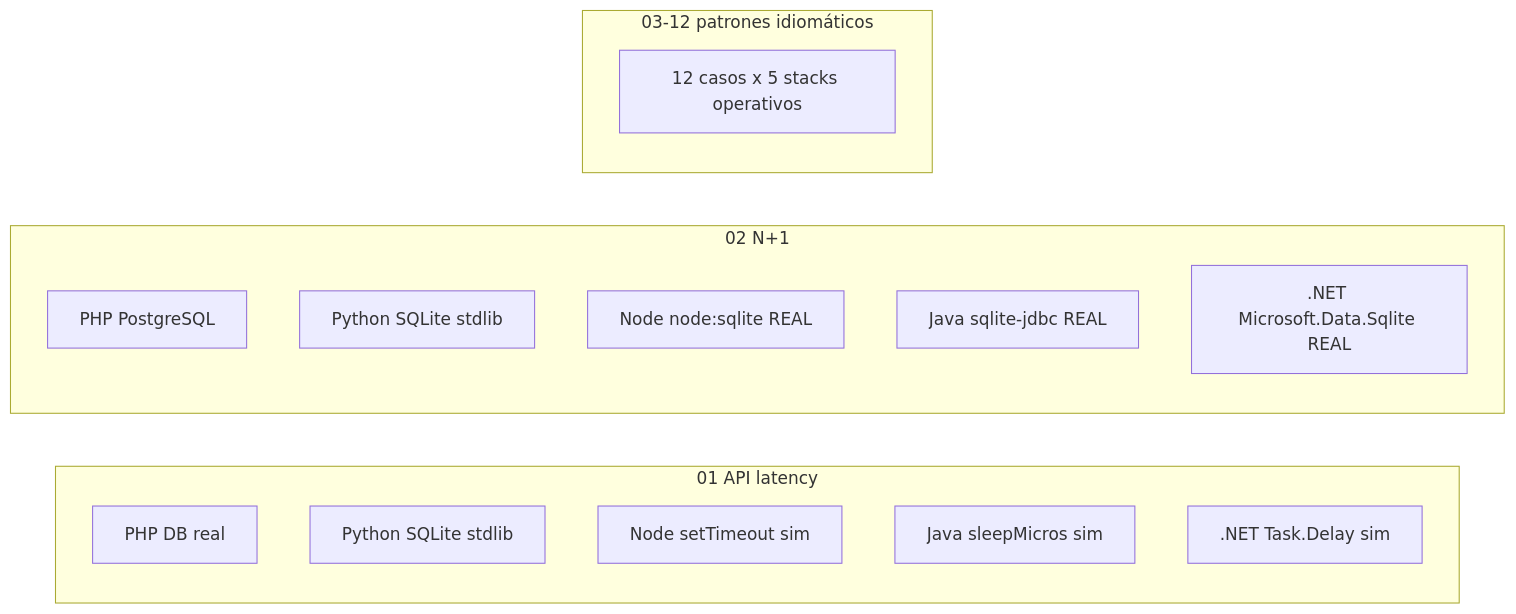
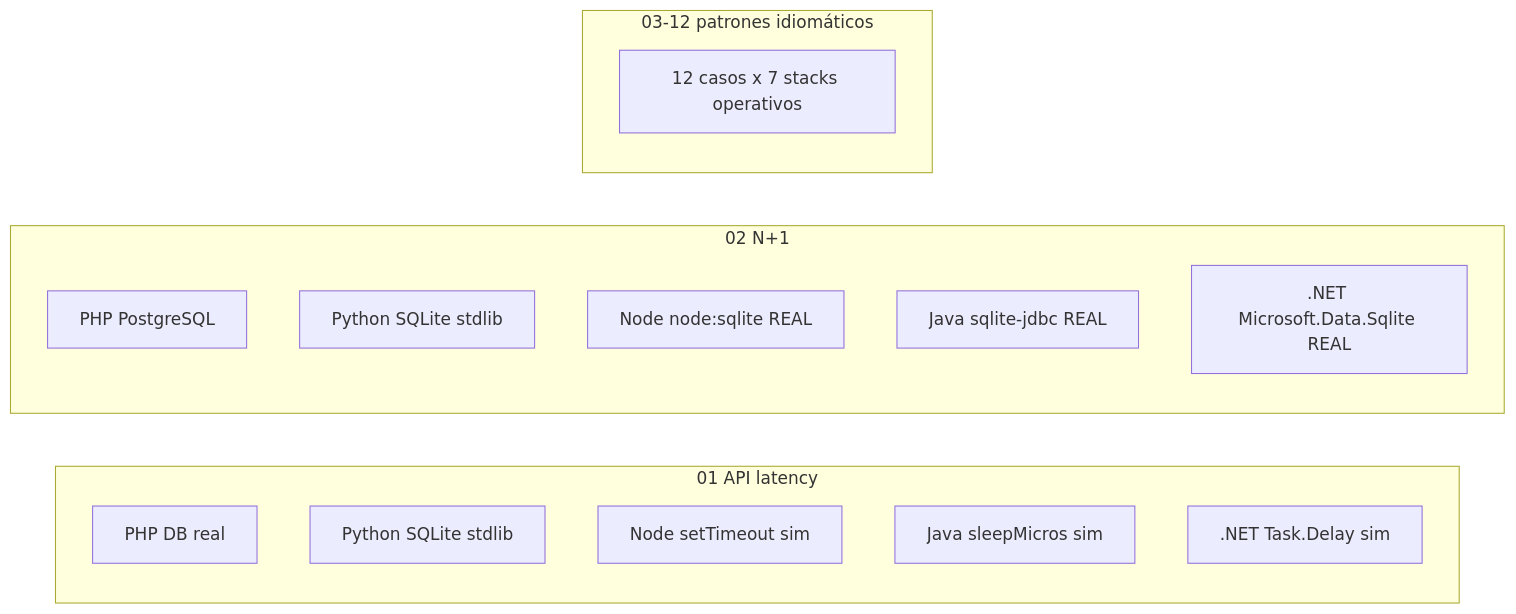
The fourth of 5 diagrams in ARCHITECTURE.md (vladimiracunadev-create/problem-driven-systems-lab), drawn with Mermaid before and after one commit. The commit also changed other lines of this file and 50 other files, not shown here.

````diff
--- a/ARCHITECTURE.md
+++ b/ARCHITECTURE.md
@@ -215,22 +217,22 @@
 ```mermaid
 graph LR
     subgraph C01[01 API latency]
         C01_PHP[PHP DB real]
         C01_PY[Python SQLite stdlib]
         C01_NODE[Node setTimeout sim]
         C01_JAVA[Java sleepMicros sim]
         C01_NET[.NET Task.Delay sim]
     end
 
     subgraph C02[02 N+1]
         C02_PHP[PHP PostgreSQL]
         C02_PY[Python SQLite stdlib]
         C02_NODE[Node node:sqlite REAL]
         C02_JAVA[Java sqlite-jdbc REAL]
         C02_NET[.NET Microsoft.Data.Sqlite REAL]
     end
 
     subgraph C03_12[03-12 patrones idiomáticos]
-        OTHER[12 casos x 5 stacks operativos]
+        OTHER[12 casos x 7 stacks operativos]
     end
 ```
````
